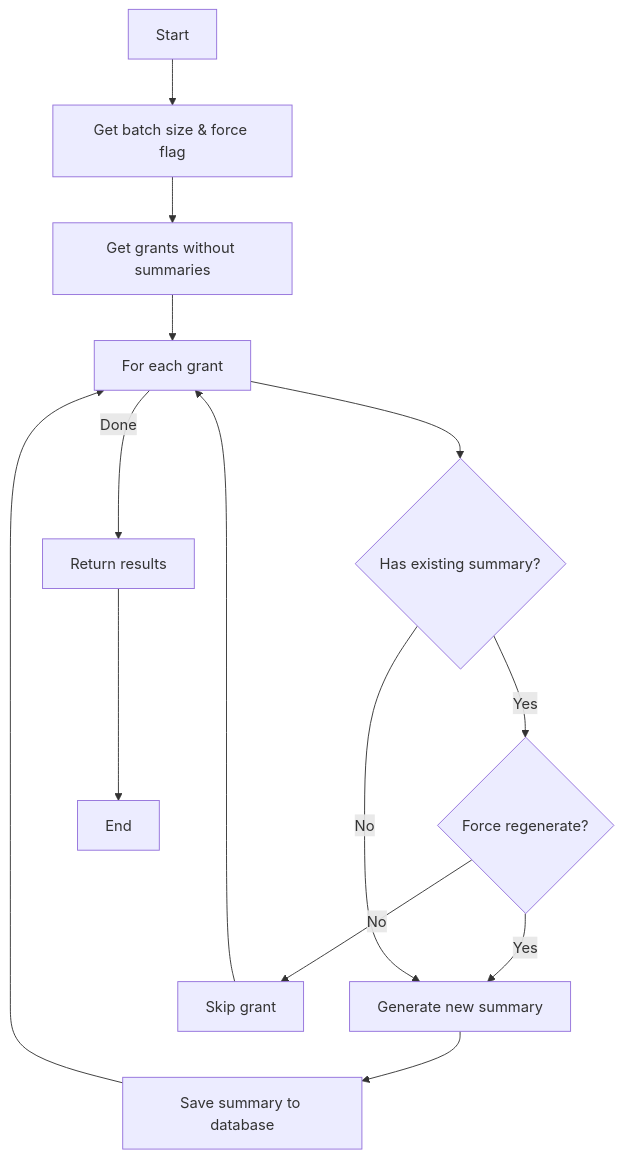
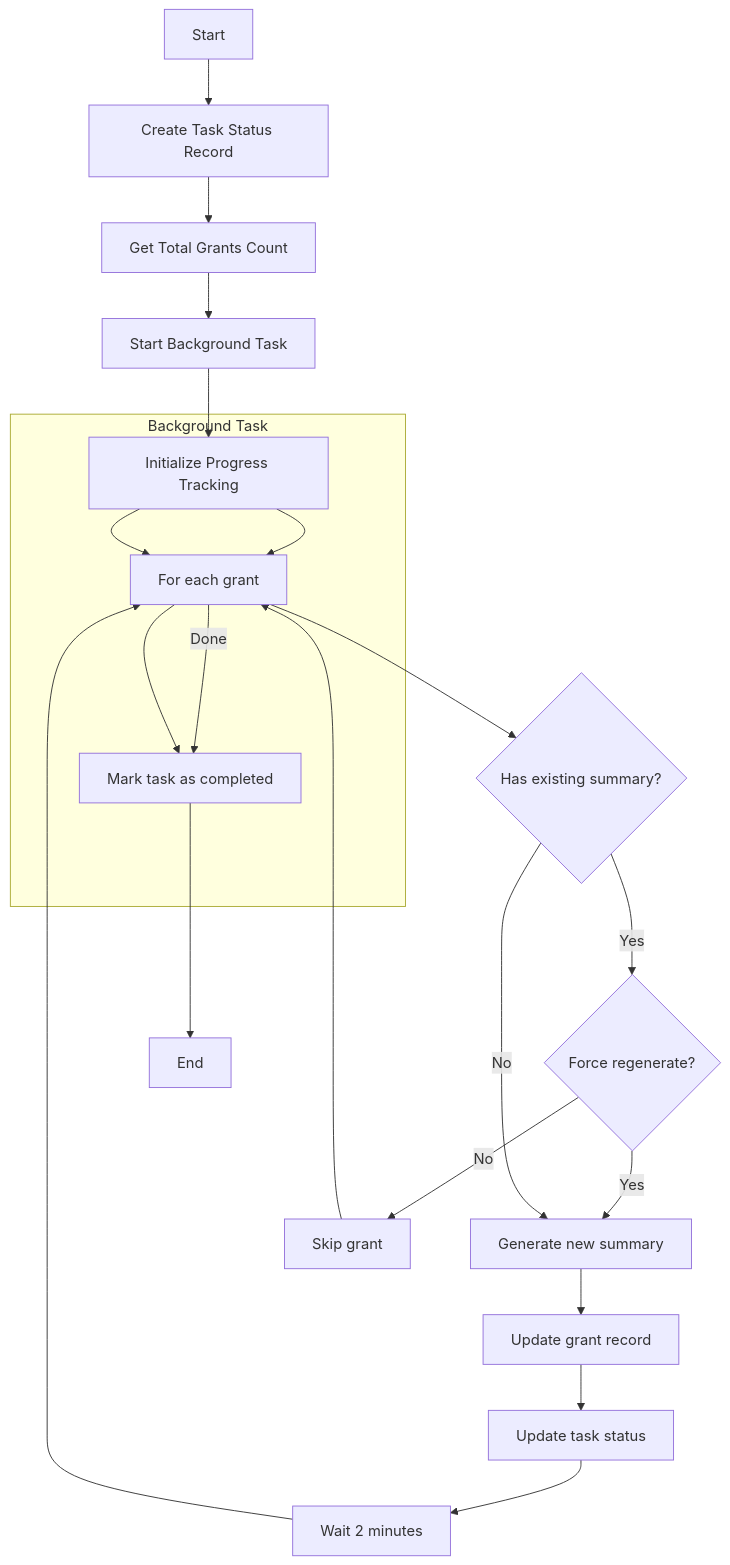
The second of 10 diagrams in WORKFLOW.md (quixilabs/api-grant-watchers), drawn with Mermaid before and after one commit. The commit also changed other lines of this file and 4 other files, not shown here.

Commit message:
Created background tasks for running the summarizer for grants

````diff
--- a/WORKFLOW.md
+++ b/WORKFLOW.md
@@ -38,16 +38,25 @@
 ```mermaid
 graph TD
-    A[Start] --> B[Get batch size & force flag]
-    B --> C[Get grants without summaries]
-    C --> D[For each grant]
-    D --> E{Has existing summary?}
-    E -->|Yes| F{Force regenerate?}
-    F -->|Yes| G[Generate new summary]
-    F -->|No| H[Skip grant]
-    E -->|No| G
-    G --> I[Save summary to database]
-    I --> D
-    H --> D
-    D -->|Done| J[Return results]
-    J --> K[End]
+    A[Start] --> B[Create Task Status Record]
+    B --> C[Get Total Grants Count]
+    C --> D[Start Background Task]
+    D --> E[Initialize Progress Tracking]
+    E --> F[For each grant]
+    F --> G{Has existing summary?}
+    G -->|Yes| H{Force regenerate?}
+    H -->|Yes| I[Generate new summary]
+    H -->|No| J[Skip grant]
+    G -->|No| I
+    I --> K[Update grant record]
+    K --> L[Update task status]
+    L --> M[Wait 2 minutes]
+    M --> F
+    J --> F
+    F -->|Done| N[Mark task as completed]
+    N --> O[End]
+
+    subgraph "Background Task"
+        E --> F
+        F --> N
+    end
 ```
````
